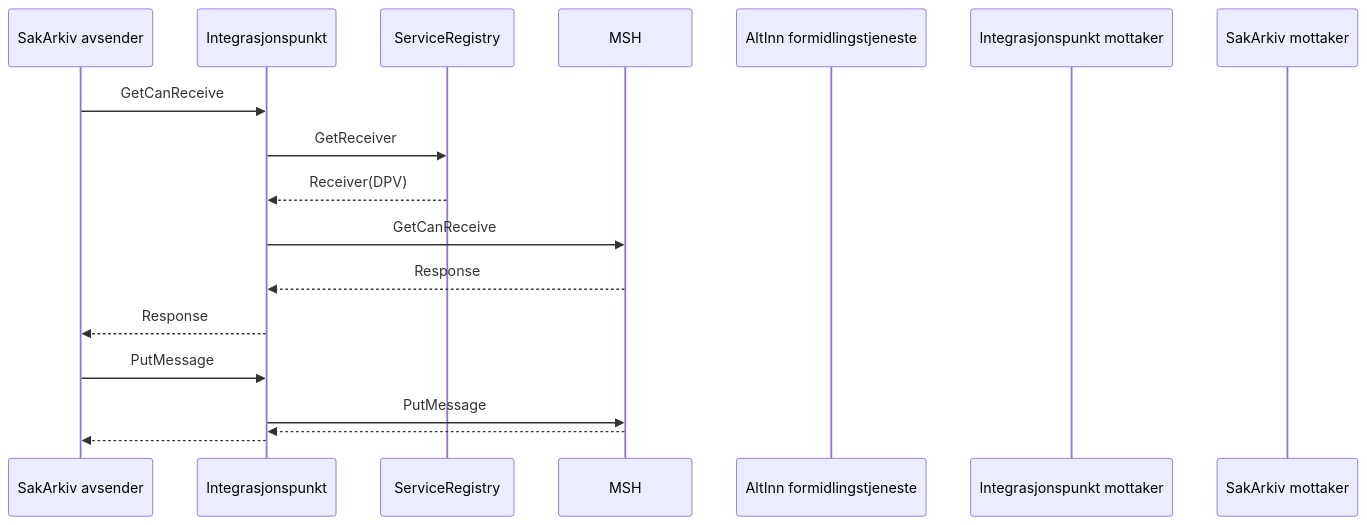
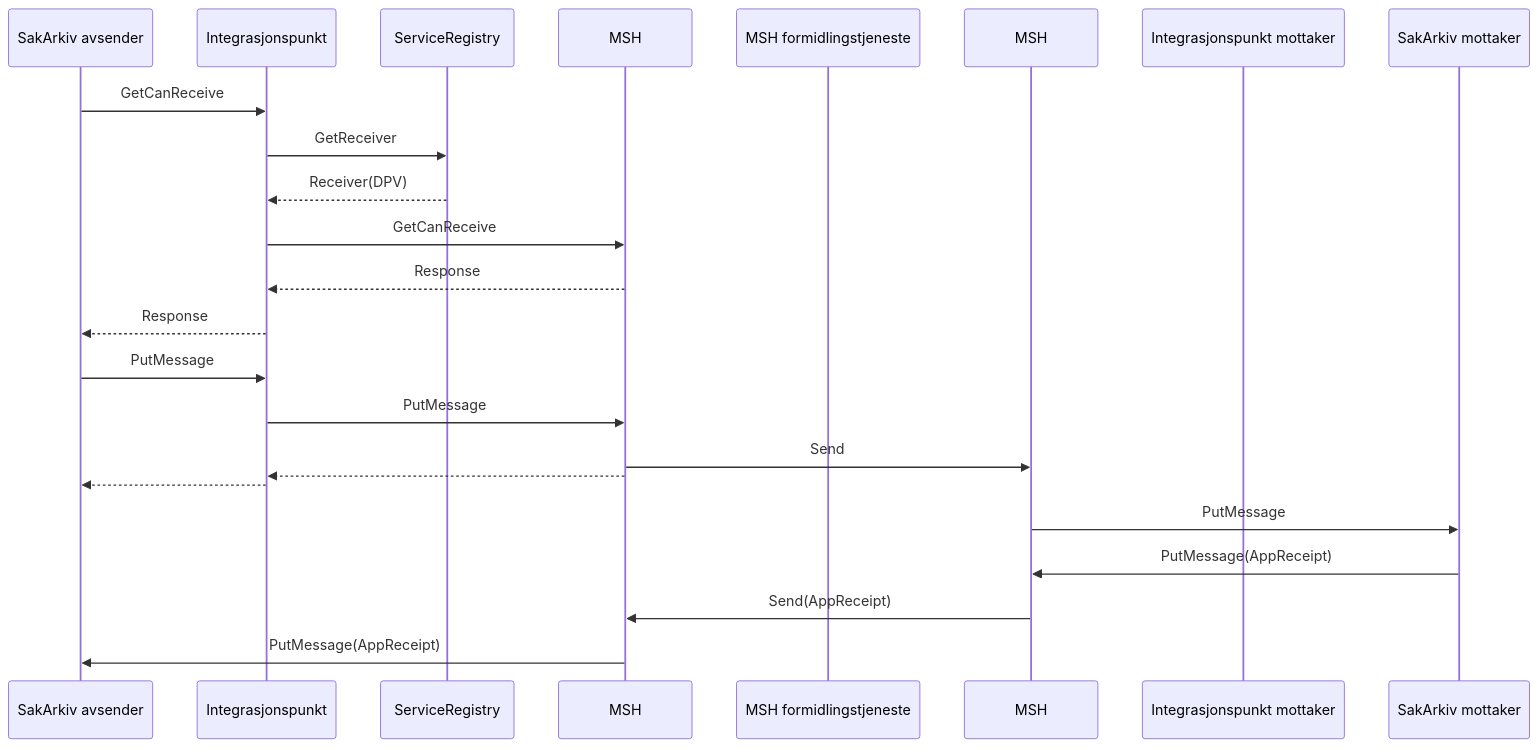
Before and after one commit to difi/eformidling: the second of 6 diagrams in pages/Integrasjonspunktet/messagetypes.md, drawn with Mermaid. The commit also changed other lines of this file and 12 other files, not shown here.

````diff
--- a/pages/Integrasjonspunktet/messagetypes.md
+++ b/pages/Integrasjonspunktet/messagetypes.md
@@ -63,21 +65,27 @@
-```mermaid
+<div class="mermaid">
 sequenceDiagram
     participant saa as SakArkiv avsender
     participant ipa as Integrasjonspunkt 
     participant sr as ServiceRegistry
     participant msh as MSH
-    participant mf  as AltInn formidlingstjeneste
+    participant mf  as MSH formidlingstjeneste
+    participant mshm as MSH
     participant ipm as Integrasjonspunkt mottaker
     participant sam as SakArkiv mottaker
 
     saa->>ipa: GetCanReceive
     ipa->>sr: GetReceiver
     sr-->>ipa: Receiver(DPV)
-    ipa->>msh: GetCanReceive
+    ipa->>msh: GetCanReceive    
     msh-->>ipa: Response
-    ipa-->>saa: Response
+    ipa-->>saa: Response    
     saa->>ipa: PutMessage
-    ipa->>msh: PutMessage
+    ipa->>msh: PutMessage 
+    msh->>mshm: Send
     msh-->>ipa: 
     ipa-->>saa: 
-```
+    mshm->>sam: PutMessage
+    sam->>mshm: PutMessage(AppReceipt)
+    mshm->>msh: Send(AppReceipt)
+    msh->>saa: PutMessage(AppReceipt)
+</div>
````
